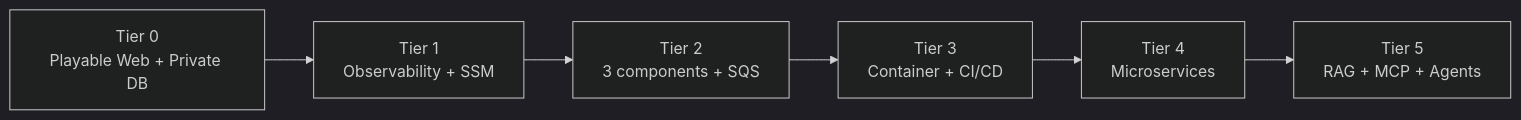
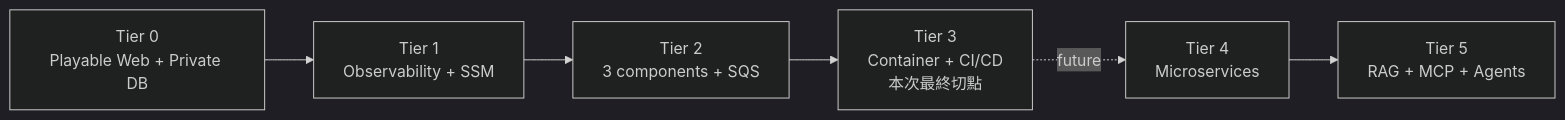
The seventh of 7 diagrams in docs/architecture/README.md (ChaoMing0815/AWS-cloud-lab), drawn with Mermaid (dark theme) before and after one commit. The commit also changed other lines of this file and 27 other files, not shown here.

````diff
--- a/docs/architecture/README.md
+++ b/docs/architecture/README.md
@@ -114,8 +116,8 @@
 ```mermaid
 flowchart LR
     T0["Tier 0<br/>Playable Web + Private DB"] --> T1["Tier 1<br/>Observability + SSM"]
     T1 --> T2["Tier 2<br/>3 components + SQS"]
-    T2 --> T3["Tier 3<br/>Container + CI/CD"]
-    T3 --> T4["Tier 4<br/>Microservices"]
+    T2 --> T3["Tier 3<br/>Container + CI/CD<br/>本次最終切點"]
+    T3 -. future .-> T4["Tier 4<br/>Microservices"]
     T4 --> T5["Tier 5<br/>RAG + MCP + Agents"]
 ```
````
